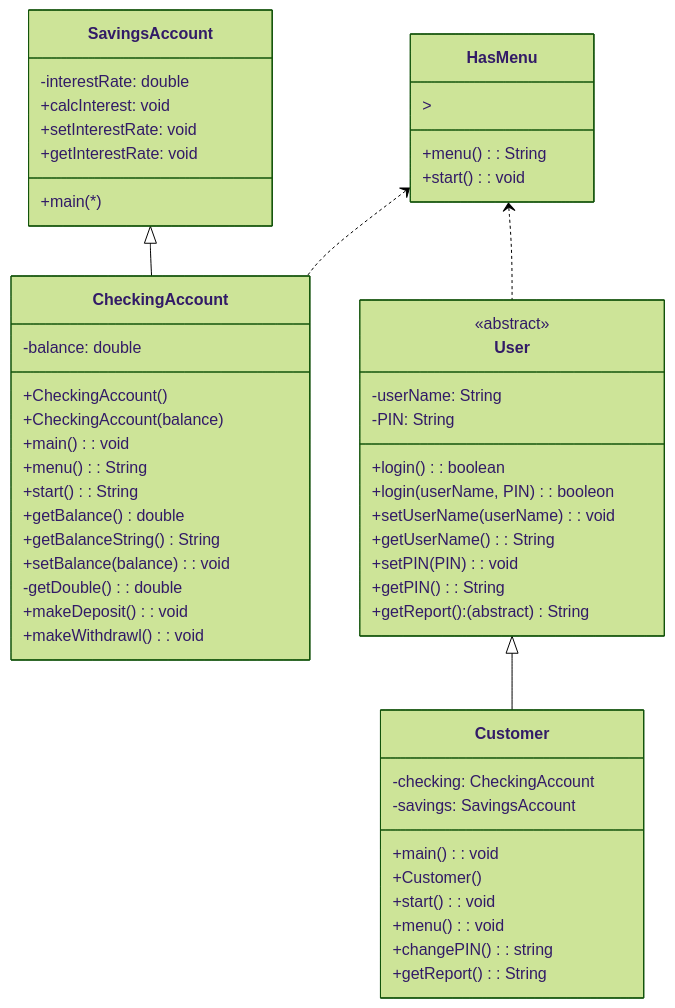
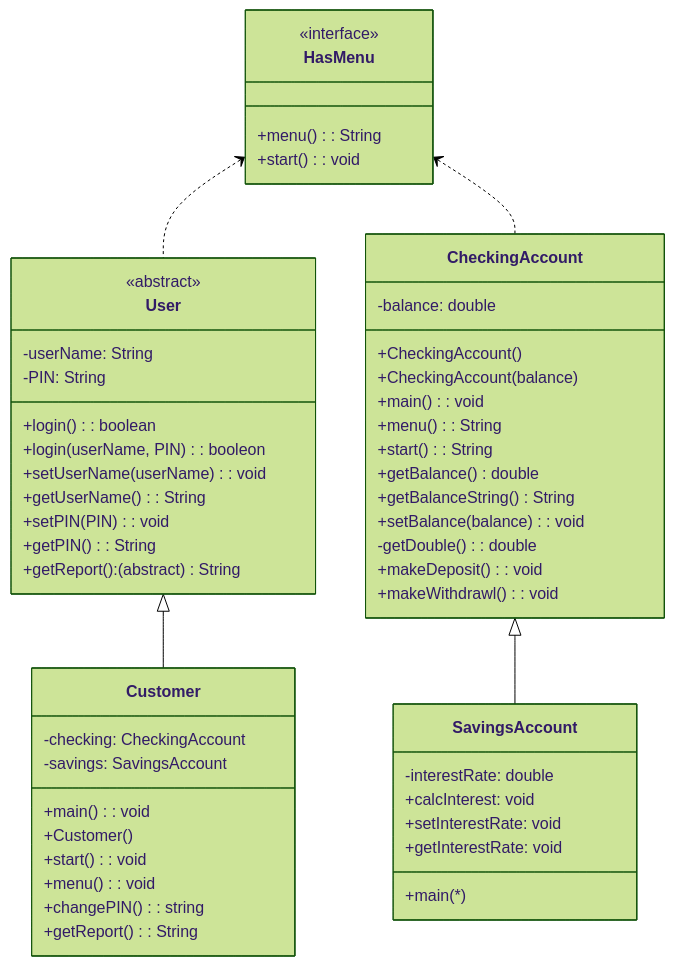
The diagram in README.md (nicholascoooper/Bank-on-it), drawn with Mermaid (forest theme) before and after one commit.

````diff
--- a/README.md
+++ b/README.md
@@ -1,63 +1,63 @@
 ```mermaid
 
 classDiagram
 
 	class CheckingAccount{
 	    -balance: double
 		+CheckingAccount()
 		+CheckingAccount(balance)
 		+main(): void
 		+menu(): String
 		+start(): String
 		+getBalance() double
 		+getBalanceString() String
 		+setBalance(balance): void
 		-getDouble(): double
 		+makeDeposit(): void
 		+makeWithdrawl(): void
 	}
 
     class HasMenu{
-        <interface>>
+        <<interface>>
         +menu(): String
         +start(): void
     }
     
     class SavingsAccount{
         -interestRate: double
         +main(*)
         +calcInterest: void
         +setInterestRate: void
         +getInterestRate: void
     }    
     
 	class Customer{
         -checking: CheckingAccount
         -savings: SavingsAccount
         +main(): void
         +Customer()
         +start(): void
         +menu(): void
         +changePIN(): string
         +getReport(): String
     }
 
     class User{
         <<abstract>>
         -userName: String
         -PIN: String
         +login(): boolean 
         +login(userName, PIN): booleon
         +setUserName(userName): void
         +getUserName(): String
         +setPIN(PIN): void
         +getPIN(): String
         +getReport(): (abstract)String
     }
     
-    SavingsAccount <|-- CheckingAccount
+    CheckingAccount <|-- SavingsAccount
     User <|-- Customer
     HasMenu <.. User
     HasMenu <.. CheckingAccount
     
 ```
````
